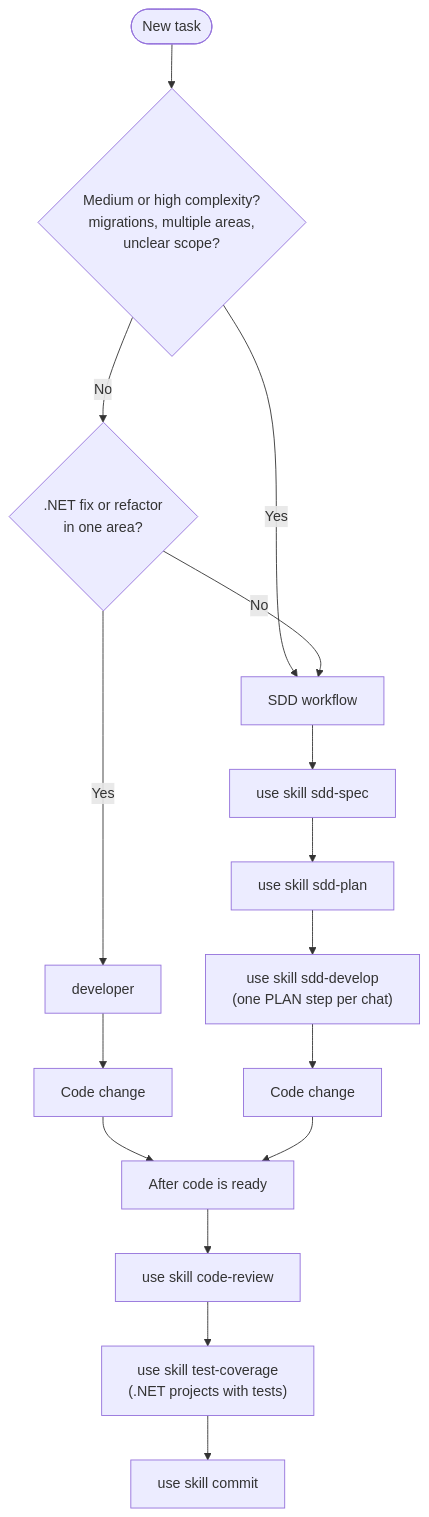
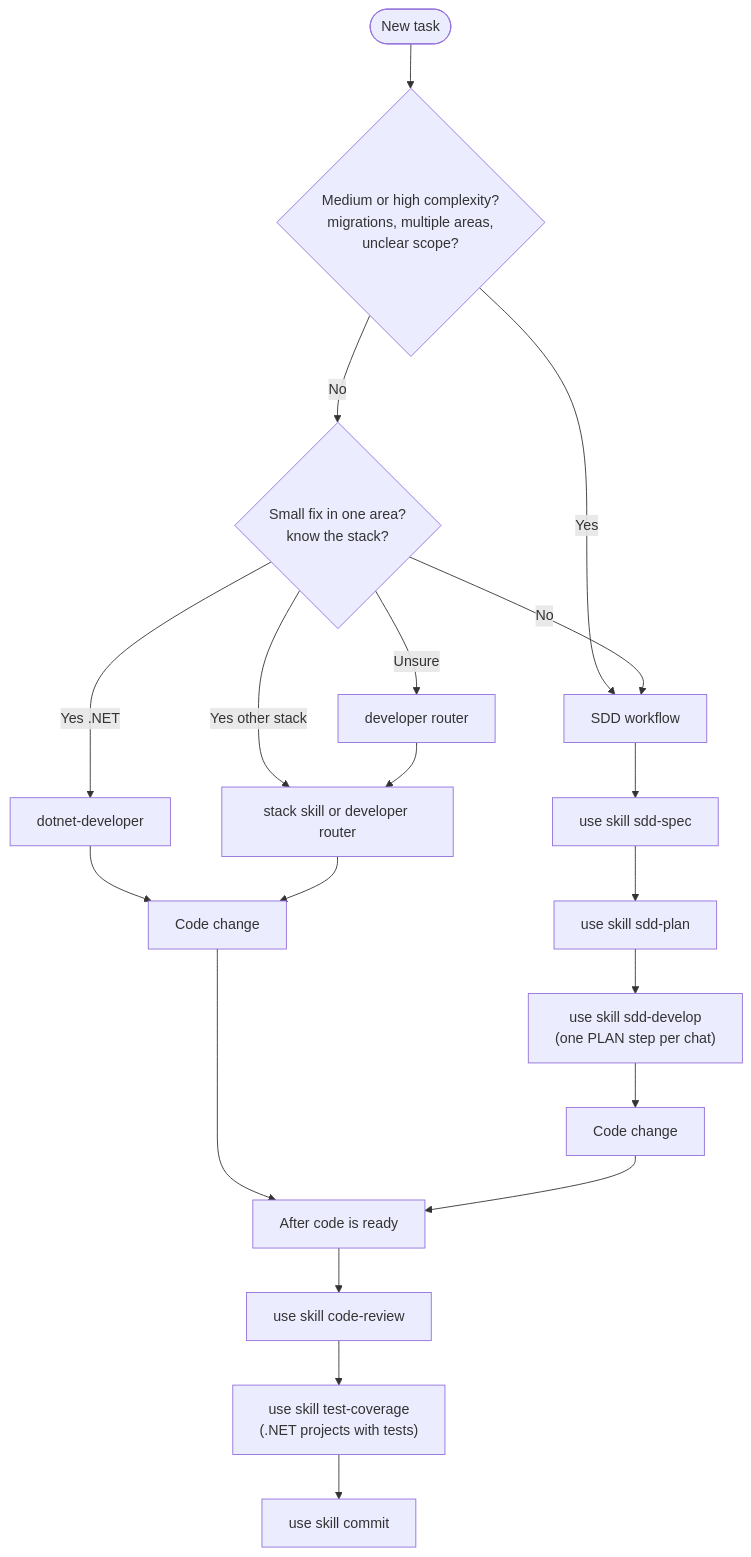
Before and after one commit to tibursocampos/cursor-dev-toolkit: the diagram in docs/guides/README.md, drawn with Mermaid. The commit also changed other lines of this file and 70 other files, not shown here.

````diff
--- a/docs/guides/README.md
+++ b/docs/guides/README.md
@@ -25,18 +25,22 @@
 ```mermaid
 flowchart TD
   Start([New task]) --> Q1{Medium or high complexity?<br/>migrations, multiple areas,<br/>unclear scope?}
   Q1 -->|Yes| SDD[SDD workflow]
-  Q1 -->|No| Q2{.NET fix or refactor<br/>in one area?}
-  Q2 -->|Yes| NET[developer]
+  Q1 -->|No| Q2{Small fix in one area?<br/>know the stack?}
+  Q2 -->|Yes .NET| NET[dotnet-developer]
+  Q2 -->|Yes other stack| STACK[stack skill or developer router]
+  Q2 -->|Unsure| DEV[developer router]
   Q2 -->|No| SDD
+  DEV --> STACK
   SDD --> Spec["use skill sdd-spec"]
   Spec --> Plan["use skill sdd-plan"]
   Plan --> Impl["use skill sdd-develop<br/>(one PLAN step per chat)"]
   NET --> DoneNet[Code change]
+  STACK --> DoneNet
   Impl --> DoneSdd[Code change]
   DoneNet --> Post
   DoneSdd --> Post
   Post[After code is ready] --> CR["use skill code-review"]
   CR --> TC["use skill test-coverage<br/>(.NET projects with tests)"]
   TC --> Commit["use skill commit"]
 ```
````
